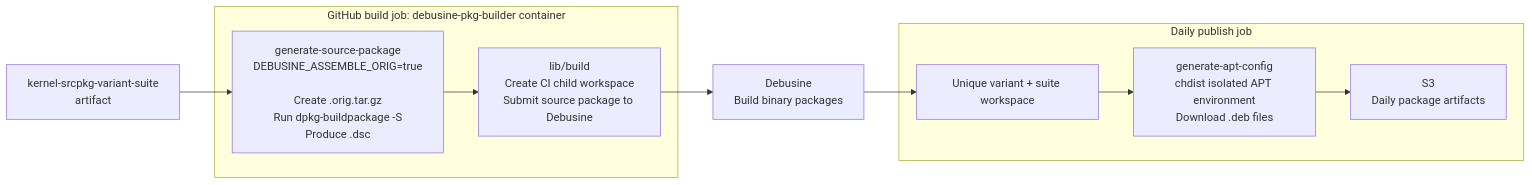
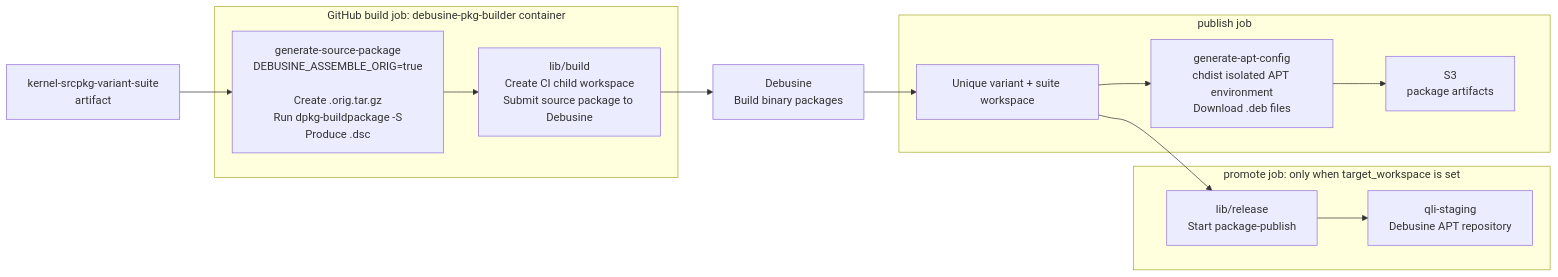
One commit to qualcomm-linux/pkg-linux-qcom changed the fourth of 6 diagrams in README.md. Above: the diagram before and after it, drawn with Mermaid. The commit also changed other lines of this file and 9 other files, not shown here.

````diff
--- a/README.md
+++ b/README.md
@@ -392,17 +383,22 @@
 ```mermaid
 flowchart LR
     ART["kernel-srcpkg-variant-suite\nartifact"] --> GSP
 
     subgraph source[GitHub build job: debusine-pkg-builder container]
         GSP["generate-source-package\nDEBUSINE_ASSEMBLE_ORIG=true\n\nCreate .orig.tar.gz\nRun dpkg-buildpackage -S\nProduce .dsc"] --> SUBMIT
         SUBMIT["lib/build\nCreate CI child workspace\nSubmit source package to Debusine"]
     end
 
     SUBMIT --> DEB["Debusine\nBuild binary packages"]
     DEB --> WS["Unique variant + suite workspace"]
 
-    subgraph publish[Daily publish job]
+    subgraph publish[publish job]
         WS --> APT["generate-apt-config\nchdist isolated APT environment\nDownload .deb files"]
-        APT --> S3["S3\nDaily package artifacts"]
+        APT --> S3["S3\npackage artifacts"]
+    end
+
+    subgraph promote[promote job: only when target_workspace is set]
+        WS --> PROMOTE["lib/release\nStart package-publish"]
+        PROMOTE --> STG["qli-staging\nDebusine APT repository"]
     end
 ```
````
